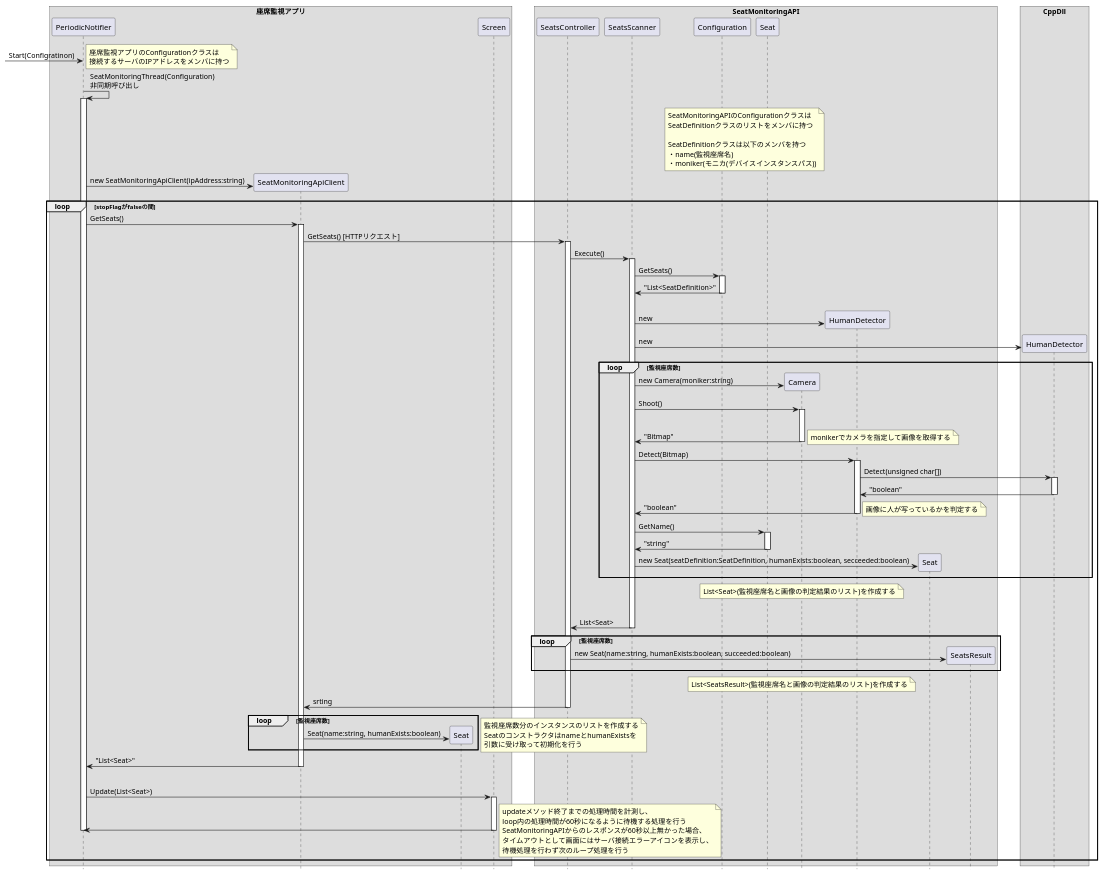
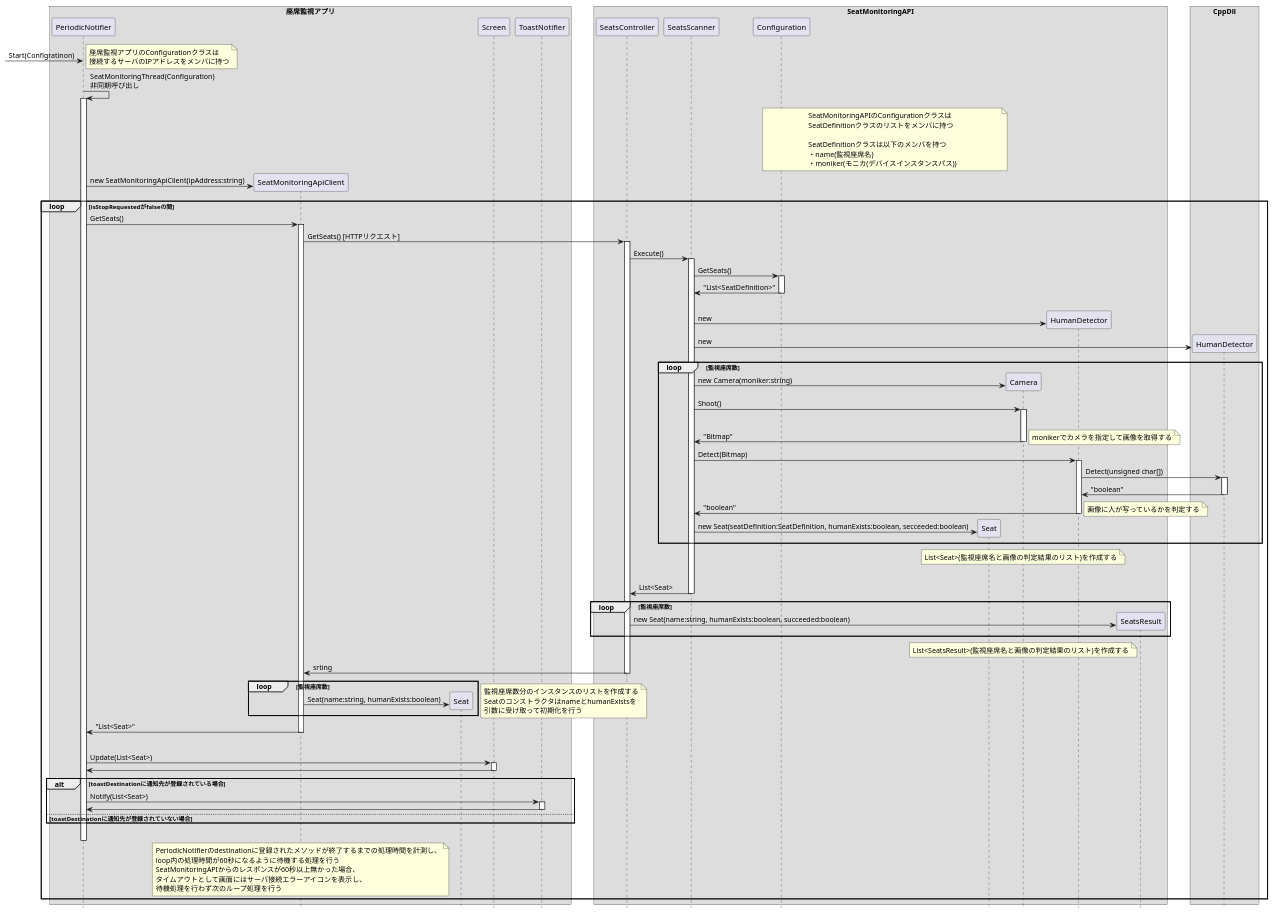
One commit to KeisukeSugita/Seat-monitoring-system changed the diagram in doc/詳細設計/座席状態確認シーケンス図2.pu. Above: the diagram before and after it, drawn with PlantUML. The commit also changed 33 other files, not shown here.

```diff
--- a/doc/詳細設計/座席状態確認シーケンス図2.pu
+++ b/doc/詳細設計/座席状態確認シーケンス図2.pu
@@ -1,151 +1,156 @@
 @startuml 座席状態確認シーケンス図2
 hide footbox
 skinparam BoxPadding 20
 
 box "座席監視アプリ"
 	participant PeriodicNotifier
 	participant SeatMonitoringApiClient
 	participant "Seat" as ClientSeat
 	participant Screen
+	participant ToastNotifier
 end box
 
 box "SeatMonitoringAPI"
 	participant SeatsController
 	participant SeatsScanner
 	participant Configuration
 	participant "Seat" as ServerSeat
 	participant Camera
 	participant "HumanDetector" as CsHumanDetector
-	participant Seat
 	participant SeatsResult
 end box
 
 box "CppDll"
 	participant "HumanDetector" as CppHumanDetector
 end box
 
 -> PeriodicNotifier :Start(Configratinon)
 note right
 	座席監視アプリのConfigurationクラスは
 	接続するサーバのIPアドレスをメンバに持つ
 end note
 
 PeriodicNotifier -> PeriodicNotifier : SeatMonitoringThread(Configuration)\n非同期呼び出し
 activate PeriodicNotifier
 
 note over Configuration, ServerSeat
 	SeatMonitoringAPIのConfigurationクラスは
 	SeatDefinitionクラスのリストをメンバに持つ
 
 	SeatDefinitionクラスは以下のメンバを持つ
 	・name(監視座席名)
 	・moniker(モニカ(デバイスインスタンスパス))
 end note
 
 create SeatMonitoringApiClient
 PeriodicNotifier -> SeatMonitoringApiClient :new SeatMonitoringApiClient(ipAddress:string)
 
-loop stopFlagがfalseの間
+loop isStopRequestedがfalseの間
 	PeriodicNotifier -> SeatMonitoringApiClient : GetSeats()
 	activate SeatMonitoringApiClient
 
 	SeatMonitoringApiClient -> SeatsController : GetSeats() [HTTPリクエスト]
 	activate SeatsController
 
 	SeatsController -> SeatsScanner :Execute()
 	activate SeatsScanner
 
 	SeatsScanner -> Configuration :GetSeats()
 	activate Configuration
 	SeatsScanner <- Configuration :"List<SeatDefinition>"
 	deactivate Configuration
 
 	|||
 
 	create CsHumanDetector
 	SeatsScanner -> CsHumanDetector :new
 
 	create CppHumanDetector
 	SeatsScanner -> CppHumanDetector :new
 
 
 	loop 監視座席数
 		create Camera
 		SeatsScanner -> Camera : new Camera(moniker:string)
 		SeatsScanner -> Camera : Shoot()
 		activate Camera
 		|||
 		SeatsScanner <- 	Camera :"Bitmap"
 		deactivate Camera
 		note right
 			monikerでカメラを指定して画像を取得する
 		end note
 
 		SeatsScanner -> CsHumanDetector :Detect(Bitmap)
 		activate CsHumanDetector
 		CsHumanDetector -> CppHumanDetector : Detect(unsigned char[])
 		activate CppHumanDetector
 		CsHumanDetector <- CppHumanDetector : "boolean"
 		deactivate CppHumanDetector
 		SeatsScanner <- CsHumanDetector :"boolean"
 		deactivate CsHumanDetector
 		note right
 			画像に人が写っているかを判定する
 		end note
-
-		SeatsScanner -> ServerSeat :GetName()
-		activate ServerSeat
-		SeatsScanner <- ServerSeat :"string"
-		deactivate ServerSeat
 		
-		create Seat
-		SeatsScanner -> Seat :new Seat(seatDefinition:SeatDefinition, humanExists:boolean, secceeded:boolean)
+		create ServerSeat
+		SeatsScanner -> ServerSeat :new Seat(seatDefinition:SeatDefinition, humanExists:boolean, secceeded:boolean)
 		
 	end
 	note over Camera
 		List<Seat>(監視座席名と画像の判定結果のリスト)を作成する
 	end note
 	|||
 
 	SeatsController <- SeatsScanner : List<Seat>
 	deactivate SeatsScanner
 
 	loop 監視座席数
 		create SeatsResult
 		SeatsController -> SeatsResult :new Seat(name:string, humanExists:boolean, succeeded:boolean)
 	end
 	note over Camera
 		List<SeatsResult>(監視座席名と画像の判定結果のリスト)を作成する
 	end note
 
 	SeatMonitoringApiClient <- SeatsController :srting
 	deactivate SeatsController
 
 	loop 監視座席数
 		create ClientSeat
 		SeatMonitoringApiClient -> ClientSeat :Seat(name:string, humanExists:boolean)
 	end
 	note right
 		監視座席数分のインスタンスのリストを作成する
 		SeatのコンストラクタはnameとhumanExistsを
 		引数に受け取って初期化を行う
 	end note
 
 	PeriodicNotifier <- SeatMonitoringApiClient : "List<Seat>"
 	deactivate SeatMonitoringApiClient
 	|||
 	PeriodicNotifier -> Screen : Update(List<Seat>)
 	activate Screen
 	PeriodicNotifier <- Screen
 	deactivate Screen
+
+	alt toastDestinationに通知先が登録されている場合	
+		PeriodicNotifier -> ToastNotifier : Notify(List<Seat>)
+		activate ToastNotifier
+		PeriodicNotifier <- ToastNotifier
+		deactivate ToastNotifier
+	else toastDestinationに通知先が登録されていない場合
+
+	end
+	|||
 	deactivate PeriodicNotifier
-	note right
-		updateメソッド終了までの処理時間を計測し、
+	note over SeatMonitoringApiClient
+		PeriodicNotifierのdestinationに登録されたメソッドが終了するまでの処理時間を計測し、
 		loop内の処理時間が60秒になるように待機する処理を行う
 		SeatMonitoringAPIからのレスポンスが60秒以上無かった場合、
 		タイムアウトとして画面にはサーバ接続エラーアイコンを表示し、
 		待機処理を行わず次のループ処理を行う
 	end note
 end
 
 @enduml
```
